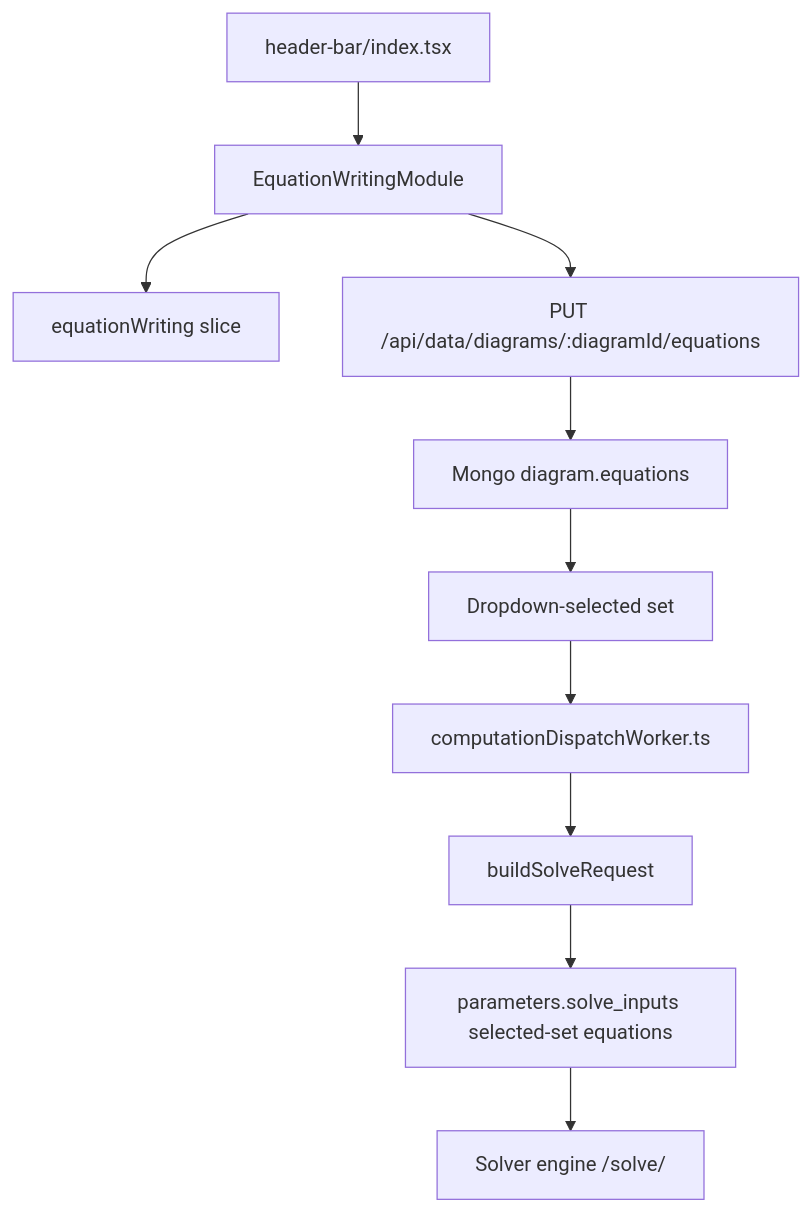
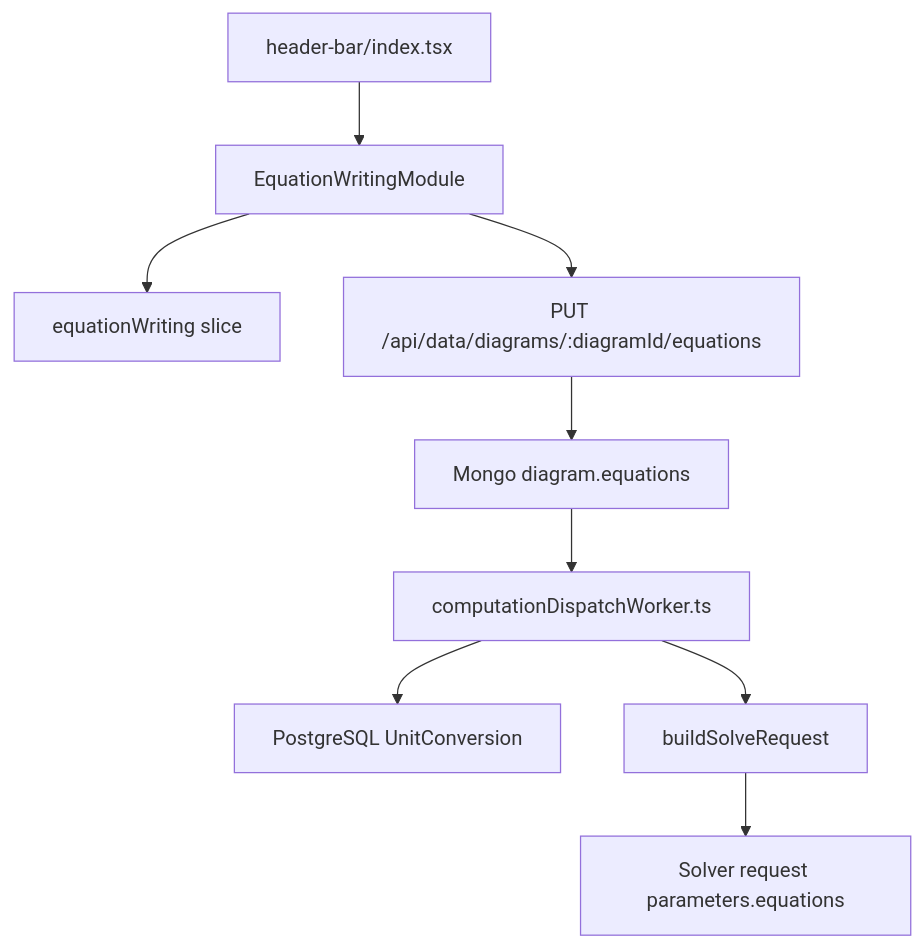
One commit to bluehydrogenplant123/Plant-Modelling-Documentation changed the diagram in static/capstone-assets/CodeExplanation/equation-writing-module.md. Above: the diagram before and after it, drawn with Mermaid. The commit also changed other lines of this file and 12 other files, not shown here.

````diff
--- a/static/capstone-assets/CodeExplanation/equation-writing-module.md
+++ b/static/capstone-assets/CodeExplanation/equation-writing-module.md
@@ -174,12 +166,11 @@
 ```mermaid
 flowchart TD
   Header["header-bar/index.tsx"] --> Modal["EquationWritingModule"]
   Modal --> Redux["equationWriting slice"]
   Modal --> SaveRoute["PUT /api/data/diagrams/:diagramId/equations"]
   SaveRoute --> Mongo["Mongo diagram.equations"]
-  Mongo --> SelectedSet["Dropdown-selected set"]
-  SelectedSet --> Worker["computationDispatchWorker.ts"]
+  Mongo --> Worker["computationDispatchWorker.ts"]
+  Worker --> Units["PostgreSQL UnitConversion"]
   Worker --> Builder["buildSolveRequest"]
-  Builder --> SolverPayload["parameters.solve_inputs selected-set equations"]
-  SolverPayload --> Solver["Solver engine /solve/"]
+  Builder --> Solver["Solver request parameters.equations"]
 ```
````
